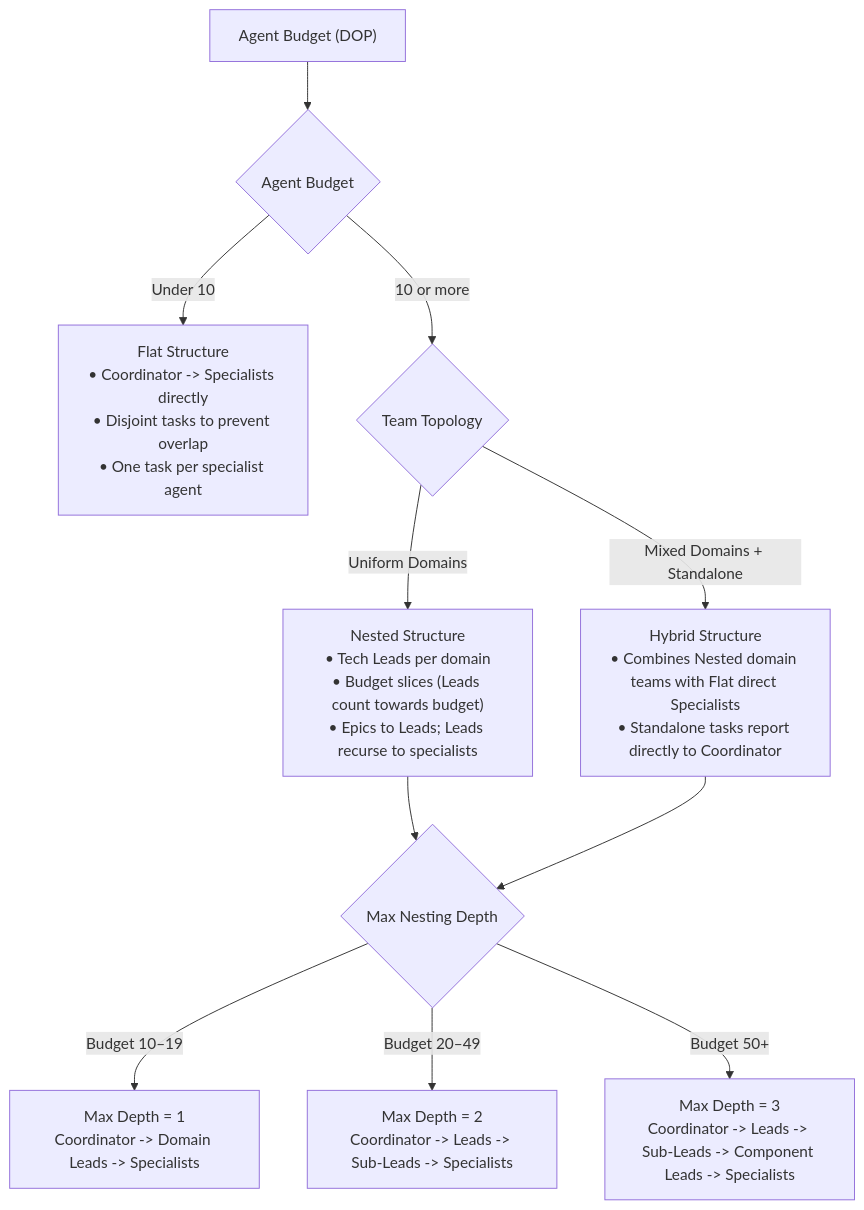
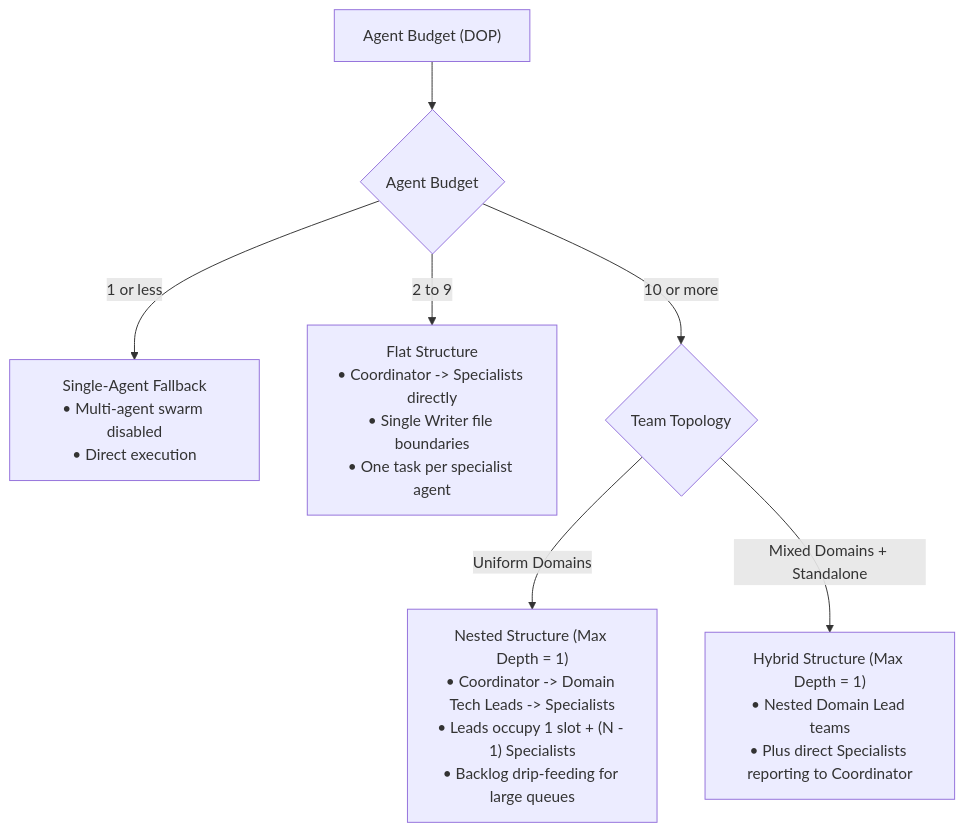
The first of 3 diagrams in skills/swarm-coding/SKILL.md (danicat/agy-game-studio), drawn with Mermaid before and after one commit. The commit also changed other lines of this file and 33 other files, not shown here.

````diff
--- a/skills/swarm-coding/SKILL.md
+++ b/skills/swarm-coding/SKILL.md
@@ -72,19 +91,14 @@
 ```mermaid
 flowchart TD
     Budget["Agent Budget (DOP)"] --> Check{"Agent Budget"}
 
-    Check -->|"Under 10"| Flat["Flat Structure\n• Coordinator -> Specialists directly\n• Disjoint tasks to prevent overlap\n• One task per specialist agent"]
+    Check -->|"1 or less"| Single["Single-Agent Fallback\n• Multi-agent swarm disabled\n• Direct execution"]
+
+    Check -->|"2 to 9"| Flat["Flat Structure\n• Coordinator -> Specialists directly\n• Single Writer file boundaries\n• One task per specialist agent"]
 
     Check -->|"10 or more"| ShapeCheck{"Team Topology"}
 
-    ShapeCheck -->|"Uniform Domains"| Nested["Nested Structure\n• Tech Leads per domain\n• Budget slices (Leads count towards budget)\n• Epics to Leads; Leads recurse to specialists"]
+    ShapeCheck -->|"Uniform Domains"| Nested["Nested Structure (Max Depth = 1)\n• Coordinator -> Domain Tech Leads -> Specialists\n• Leads occupy 1 slot + (N - 1) Specialists\n• Backlog drip-feeding for large queues"]
 
-    ShapeCheck -->|"Mixed Domains + Standalone"| Hybrid["Hybrid Structure\n• Combines Nested domain teams with Flat direct Specialists\n• Standalone tasks report directly to Coordinator"]
-
-    Nested --> Depth{"Max Nesting Depth"}
-    Hybrid --> Depth
-
-    Depth -->|"Budget 10–19"| D1["Max Depth = 1\nCoordinator -> Domain Leads -> Specialists"]
-    Depth -->|"Budget 20–49"| D2["Max Depth = 2\nCoordinator -> Leads -> Sub-Leads -> Specialists"]
-    Depth -->|"Budget 50+"| D3["Max Depth = 3\nCoordinator -> Leads -> Sub-Leads -> Component Leads -> Specialists"]
+    ShapeCheck -->|"Mixed Domains + Standalone"| Hybrid["Hybrid Structure (Max Depth = 1)\n• Nested Domain Lead teams\n• Plus direct Specialists reporting to Coordinator"]
 ```
````
